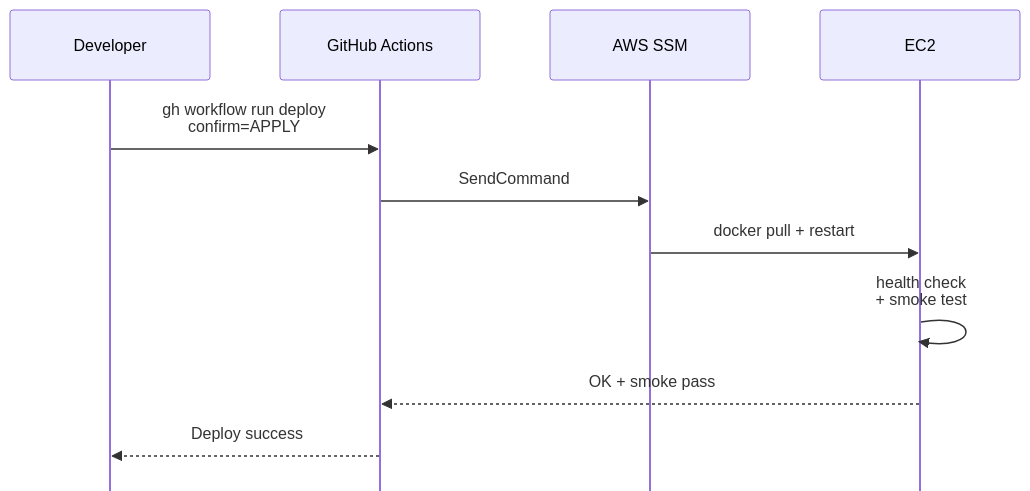
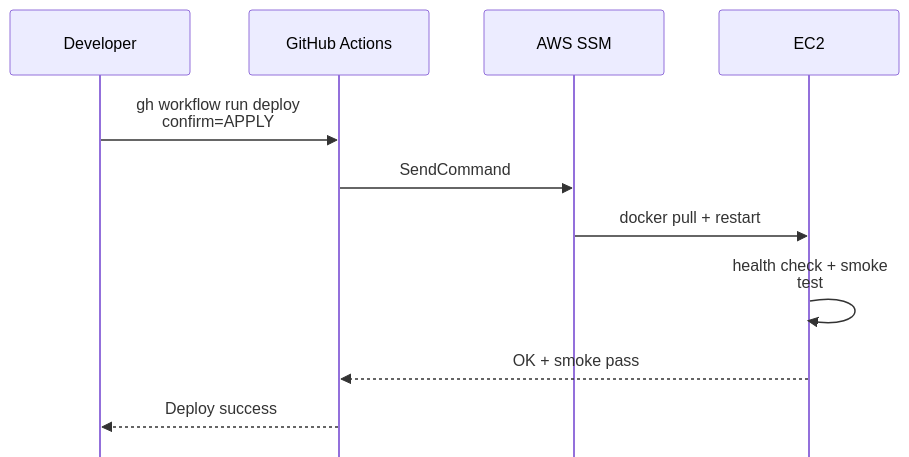
Before and after one commit to VictorAurelius/2026-Kite-Class-Platform: the fourth of 4 diagrams in documents/08-thesis/chapter-4-deployment-results.md, drawn with Mermaid. The commit also changed other lines of this file and 3 other files, not shown here.

First line of the commit message:
docs(thesis): sweep remaining 11 banned <br/> in sequences + fix vague Terraform version

````diff
--- a/documents/08-thesis/chapter-4-deployment-results.md
+++ b/documents/08-thesis/chapter-4-deployment-results.md
@@ -157,15 +157,15 @@
 ```mermaid
-%%{init: {"sequence": {"diagramMarginX": 50, "diagramMarginY": 25, "actorMargin": 70, "width": 200, "height": 70, "boxMargin": 18, "boxTextMargin": 10, "noteMargin": 15, "messageMargin": 50, "mirrorActors": false}, "themeVariables": {"fontSize": "34px", "messageFontSize": "32px", "noteFontSize": "32px"}}}%%
+%%{init: {"sequence": {"diagramMarginX": 30, "diagramMarginY": 20, "actorMargin": 55, "width": 180, "height": 65, "boxMargin": 14, "boxTextMargin": 8, "noteMargin": 12, "messageMargin": 40, "mirrorActors": false, "wrap": true}, "themeVariables": {"fontSize": "36px", "messageFontSize": "34px", "noteFontSize": "34px"}}}%%
 sequenceDiagram
     participant Dev as Developer
     participant GH as GitHub Actions
     participant SSM as AWS SSM
     participant EC2 as EC2
 
-    Dev->>GH: gh workflow run deploy<br/>confirm=APPLY
+    Dev->>GH: gh workflow run deploy confirm=APPLY
     GH->>SSM: SendCommand
     SSM->>EC2: docker pull + restart
-    EC2->>EC2: health check<br/>+ smoke test
+    EC2->>EC2: health check + smoke test
     EC2-->>GH: OK + smoke pass
     GH-->>Dev: Deploy success
 ```
````
